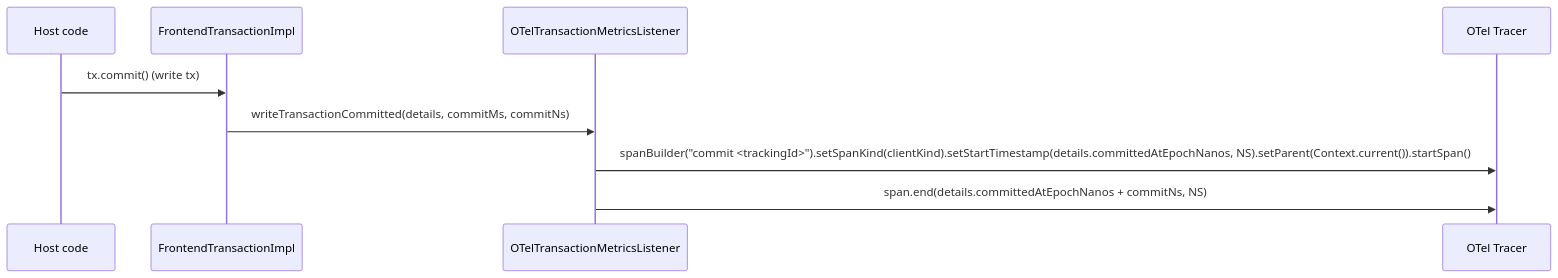
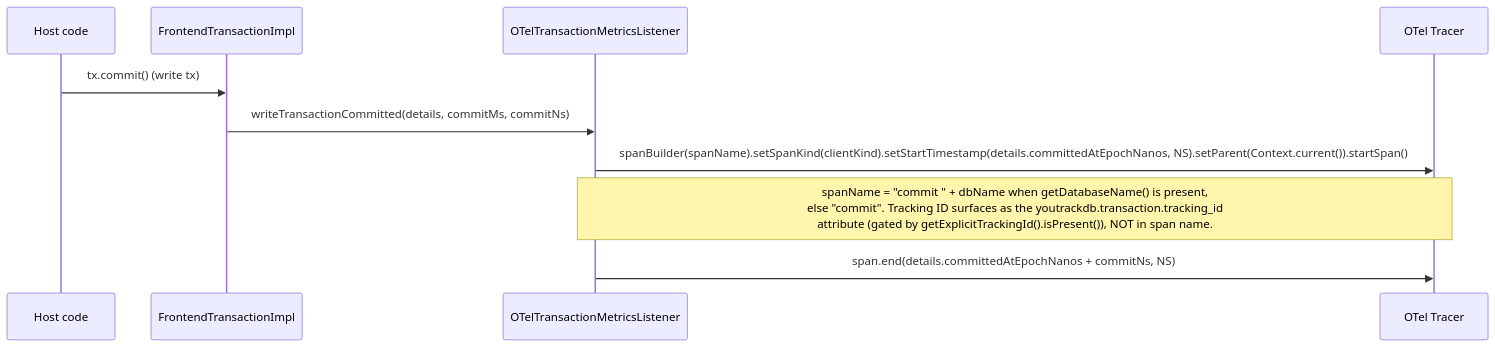
Before and after one commit to JetBrains/youtrackdb: the third of 4 diagrams in docs/adr/ytdb-496-opentelemetry-support/_workflow/design.md, drawn with Mermaid. The commit also changed other lines of this file and 1 other file, not shown here.

Commit message:
M50 ytdb-496: bounded commit span name (drop trackingId from name, attribute-only)

````diff
--- a/docs/adr/ytdb-496-opentelemetry-support/_workflow/design.md
+++ b/docs/adr/ytdb-496-opentelemetry-support/_workflow/design.md
@@ -342,12 +342,13 @@
 ```mermaid
 sequenceDiagram
     participant Host as Host code
     participant TX as FrontendTransactionImpl
     participant OTL as OTelTransactionMetricsListener
     participant TR as OTel Tracer
 
     Host->>TX: tx.commit() (write tx)
     TX->>OTL: writeTransactionCommitted(details, commitMs, commitNs)
-    OTL->>TR: spanBuilder("commit <trackingId>").setSpanKind(clientKind).setStartTimestamp(details.committedAtEpochNanos, NS).setParent(Context.current()).startSpan()
+    OTL->>TR: spanBuilder(spanName).setSpanKind(clientKind).setStartTimestamp(details.committedAtEpochNanos, NS).setParent(Context.current()).startSpan()
+    Note over OTL,TR: spanName = "commit " + dbName when getDatabaseName() is present,<br/>else "commit". Tracking ID surfaces as the youtrackdb.transaction.tracking_id<br/>attribute (gated by getExplicitTrackingId().isPresent()), NOT in span name.
     OTL->>TR: span.end(details.committedAtEpochNanos + commitNs, NS)
 ```
````
